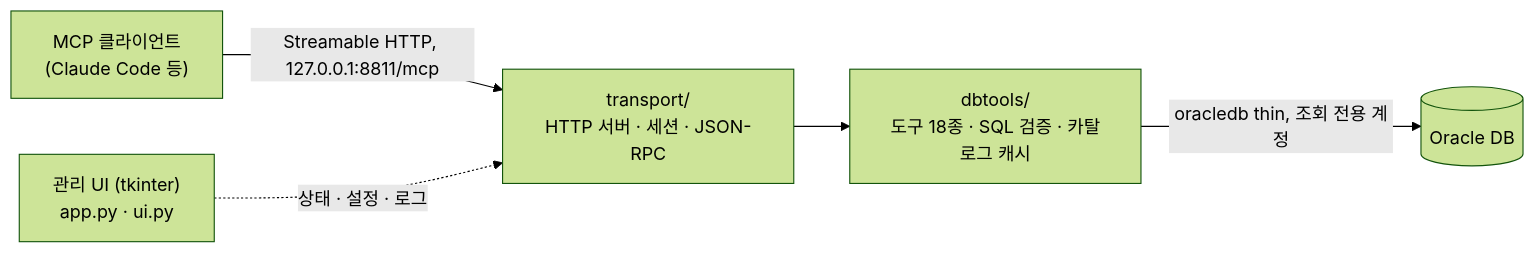
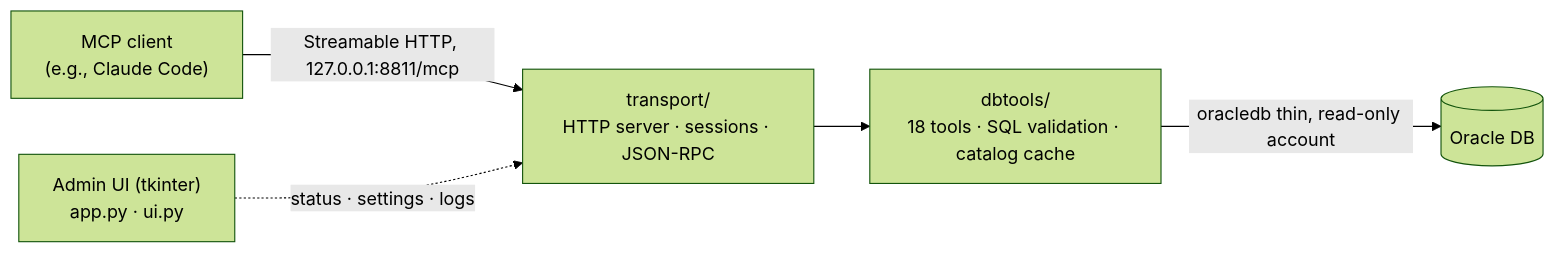
One commit to SunnyJLab/DBridge changed the diagram in README.md. Above: the diagram before and after it, drawn with Mermaid (forest theme). The commit also changed other lines of this file and 1 other file, not shown here.

````diff
--- a/README.md
+++ b/README.md
@@ -620,7 +623,7 @@
 ```mermaid
 flowchart LR
-    A["MCP 클라이언트<br>(Claude Code 등)"] -->|"Streamable HTTP, 127.0.0.1:8811/mcp"| B["transport/<br>HTTP 서버 · 세션 · JSON-RPC"]
-    B --> C["dbtools/<br>도구 18종 · SQL 검증 · 카탈로그 캐시"]
-    C -->|"oracledb thin, 조회 전용 계정"| D[(Oracle DB)]
-    E["관리 UI (tkinter)<br>app.py · ui.py"] -.->|"상태 · 설정 · 로그"| B
+    A["MCP client<br>(e.g., Claude Code)"] -->|"Streamable HTTP, 127.0.0.1:8811/mcp"| B["transport/<br>HTTP server · sessions · JSON-RPC"]
+    B --> C["dbtools/<br>18 tools · SQL validation · catalog cache"]
+    C -->|"oracledb thin, read-only account"| D[(Oracle DB)]
+    E["Admin UI (tkinter)<br>app.py · ui.py"] -.->|"status · settings · logs"| B
 ```
````
